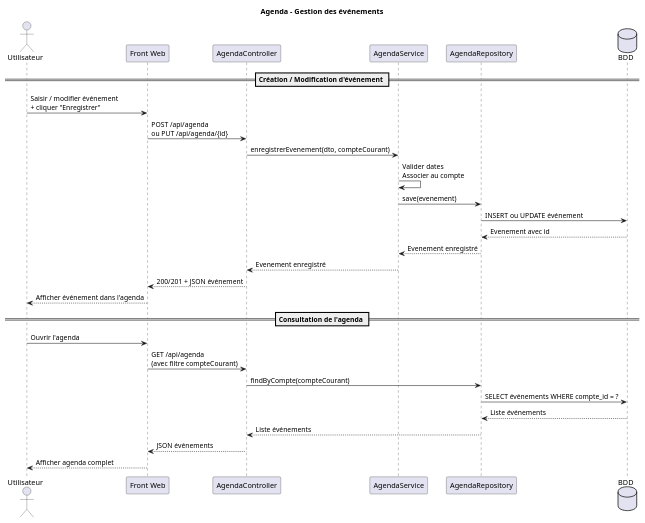
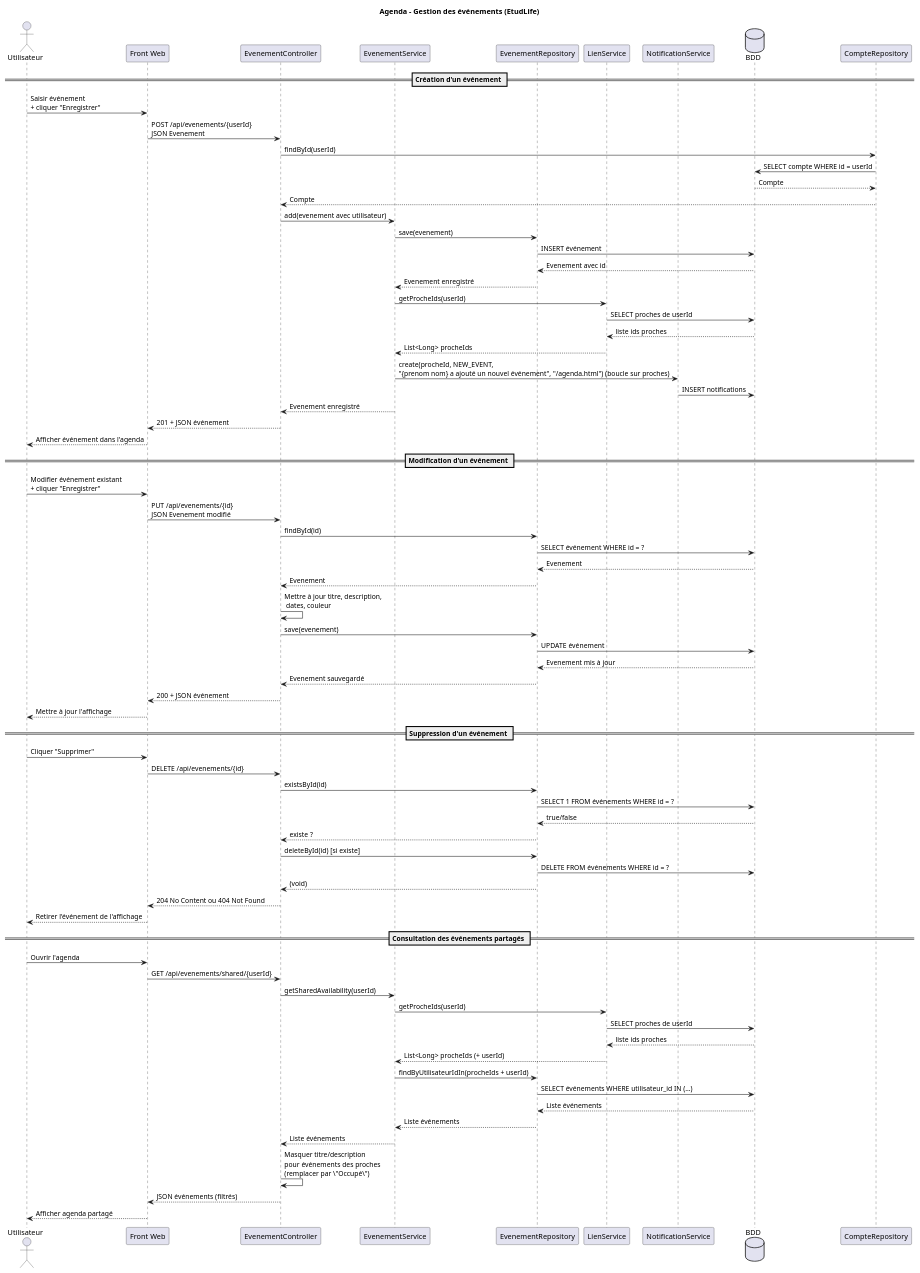
Before and after one commit to LynaBaouche/DevOps: the diagram in doc/diagrammes_de_sequence/agenda.puml, drawn with PlantUML. The commit also changed 2 other files, not shown here.

```diff
--- a/doc/diagrammes_de_sequence/agenda.puml
+++ b/doc/diagrammes_de_sequence/agenda.puml
@@ -1,38 +1,97 @@
 @startuml
-title Agenda - Gestion des événements
+title Agenda - Gestion des événements (EtudLife)
 
 actor Utilisateur
 participant "Front Web" as Front
-participant "AgendaController" as AgendaCtrl
-participant "AgendaService" as AgendaSvc
-participant "AgendaRepository" as AgendaRepo
+participant "EvenementController" as EvCtrl
+participant "EvenementService" as EvSvc
+participant "EvenementRepository" as EvRepo
+participant "LienService" as LienSvc
+participant "NotificationService" as NotifSvc
 database "BDD" as DB
 
-' ---------- CREATION / MODIFICATION ----------
-== Création / Modification d'événement ==
+' ---------- CREATION ----------
+== Création d'un événement ==
 
-Utilisateur -> Front : Saisir / modifier événement\n+ cliquer "Enregistrer"
-Front -> AgendaCtrl : POST /api/agenda\nou PUT /api/agenda/{id}
-AgendaCtrl -> AgendaSvc : enregistrerEvenement(dto, compteCourant)
-AgendaSvc -> AgendaSvc : Valider dates\nAssocier au compte
-AgendaSvc -> AgendaRepo : save(evenement)
-AgendaRepo -> DB : INSERT ou UPDATE événement
-DB --> AgendaRepo : Evenement avec id
-AgendaRepo --> AgendaSvc : Evenement enregistré
-AgendaSvc --> AgendaCtrl : Evenement enregistré
-AgendaCtrl --> Front : 200/201 + JSON événement
+Utilisateur -> Front : Saisir événement\n+ cliquer "Enregistrer"
+Front -> EvCtrl : POST /api/evenements/{userId}\nJSON Evenement
+EvCtrl -> "CompteRepository" : findById(userId)
+"CompteRepository" -> DB : SELECT compte WHERE id = userId
+DB --> "CompteRepository" : Compte
+"CompteRepository" --> EvCtrl : Compte
+EvCtrl -> EvSvc : add(evenement avec utilisateur)
+
+EvSvc -> EvRepo : save(evenement)
+EvRepo -> DB : INSERT événement
+DB --> EvRepo : Evenement avec id
+EvRepo --> EvSvc : Evenement enregistré
+
+EvSvc -> LienSvc : getProcheIds(userId)
+LienSvc -> DB : SELECT proches de userId
+DB --> LienSvc : liste ids proches
+LienSvc --> EvSvc : List<Long> procheIds
+
+EvSvc -> NotifSvc : create(procheId, NEW_EVENT,\n"{prenom nom} a ajouté un nouvel événement", "/agenda.html") (boucle sur proches)
+NotifSvc -> DB : INSERT notifications
+
+EvSvc --> EvCtrl : Evenement enregistré
+EvCtrl --> Front : 201 + JSON événement
 Front --> Utilisateur : Afficher événement dans l'agenda
 
-' ---------- CONSULTATION ----------
-== Consultation de l'agenda ==
+' ---------- MODIFICATION ----------
+== Modification d'un événement ==
+
+Utilisateur -> Front : Modifier événement existant\n+ cliquer "Enregistrer"
+Front -> EvCtrl : PUT /api/evenements/{id}\nJSON Evenement modifié
+EvCtrl -> EvRepo : findById(id)
+EvRepo -> DB : SELECT événement WHERE id = ?
+DB --> EvRepo : Evenement
+EvRepo --> EvCtrl : Evenement
+
+EvCtrl -> EvCtrl : Mettre à jour titre, description,\n dates, couleur
+EvCtrl -> EvRepo : save(evenement)
+EvRepo -> DB : UPDATE événement
+DB --> EvRepo : Evenement mis à jour
+EvRepo --> EvCtrl : Evenement sauvegardé
+EvCtrl --> Front : 200 + JSON événement
+Front --> Utilisateur : Mettre à jour l'affichage
+
+' ---------- SUPPRESSION ----------
+== Suppression d'un événement ==
+
+Utilisateur -> Front : Cliquer "Supprimer"
+Front -> EvCtrl : DELETE /api/evenements/{id}
+EvCtrl -> EvRepo : existsById(id)
+EvRepo -> DB : SELECT 1 FROM événements WHERE id = ?
+DB --> EvRepo : true/false
+EvRepo --> EvCtrl : existe ?
+
+EvCtrl -> EvRepo : deleteById(id) [si existe]
+EvRepo -> DB : DELETE FROM événements WHERE id = ?
+EvRepo --> EvCtrl : (void)
+EvCtrl --> Front : 204 No Content ou 404 Not Found
+Front --> Utilisateur : Retirer l'événement de l'affichage
+
+' ---------- CONSULTATION (partagée) ----------
+== Consultation des événements partagés ==
 
 Utilisateur -> Front : Ouvrir l'agenda
-Front -> AgendaCtrl : GET /api/agenda\n(avec filtre compteCourant)
-AgendaCtrl -> AgendaRepo : findByCompte(compteCourant)
-AgendaRepo -> DB : SELECT événements WHERE compte_id = ?
-DB --> AgendaRepo : Liste événements
-AgendaRepo --> AgendaCtrl : Liste événements
-AgendaCtrl --> Front : JSON événements
-Front --> Utilisateur : Afficher agenda complet
+Front -> EvCtrl : GET /api/evenements/shared/{userId}
+EvCtrl -> EvSvc : getSharedAvailability(userId)
+
+EvSvc -> LienSvc : getProcheIds(userId)
+LienSvc -> DB : SELECT proches de userId
+DB --> LienSvc : liste ids proches
+LienSvc --> EvSvc : List<Long> procheIds (+ userId)
+
+EvSvc -> EvRepo : findByUtilisateurIdIn(procheIds + userId)
+EvRepo -> DB : SELECT événements WHERE utilisateur_id IN (...)
+DB --> EvRepo : Liste événements
+EvRepo --> EvSvc : Liste événements
+EvSvc --> EvCtrl : Liste événements
+
+EvCtrl -> EvCtrl : Masquer titre/description\npour événements des proches\n(remplacer par \"Occupé\")
+EvCtrl --> Front : JSON événements (filtrés)
+Front --> Utilisateur : Afficher agenda partagé
 
 @enduml
```
